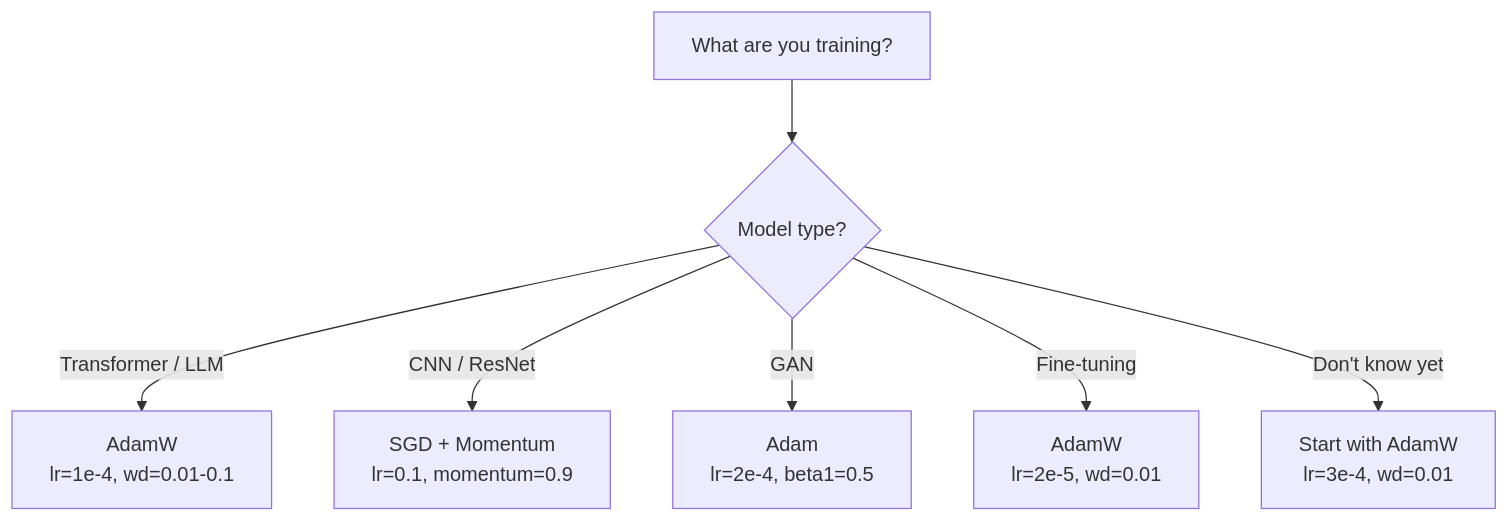
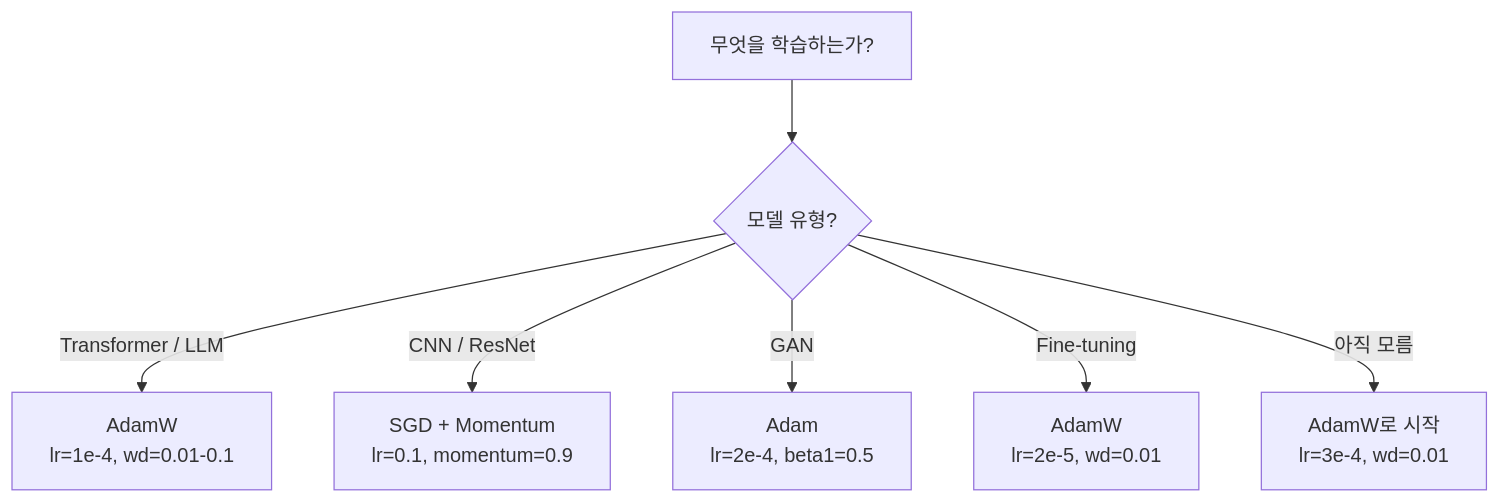
The third of 3 diagrams in phases/03-deep-learning-core/06-optimizers/docs/en.md (ChoBazzi/ai-engineering-from-scratch), drawn with Mermaid before and after one commit. The commit also changed other lines of this file and 868 other files, not shown here.

````diff
--- a/phases/03-deep-learning-core/06-optimizers/docs/en.md
+++ b/phases/03-deep-learning-core/06-optimizers/docs/en.md
@@ -156,10 +156,10 @@
 ```mermaid
 flowchart TD
-    Task["What are you training?"] --> Type{"Model type?"}
+    Task["무엇을 학습하는가?"] --> Type{"모델 유형?"}
 
     Type -->|"Transformer / LLM"| AdamW["AdamW<br/>lr=1e-4, wd=0.01-0.1"]
     Type -->|"CNN / ResNet"| SGD_M["SGD + Momentum<br/>lr=0.1, momentum=0.9"]
     Type -->|"GAN"| Adam2["Adam<br/>lr=2e-4, beta1=0.5"]
     Type -->|"Fine-tuning"| AdamW2["AdamW<br/>lr=2e-5, wd=0.01"]
-    Type -->|"Don't know yet"| Default["Start with AdamW<br/>lr=3e-4, wd=0.01"]
+    Type -->|"아직 모름"| Default["AdamW로 시작<br/>lr=3e-4, wd=0.01"]
 ```
````
